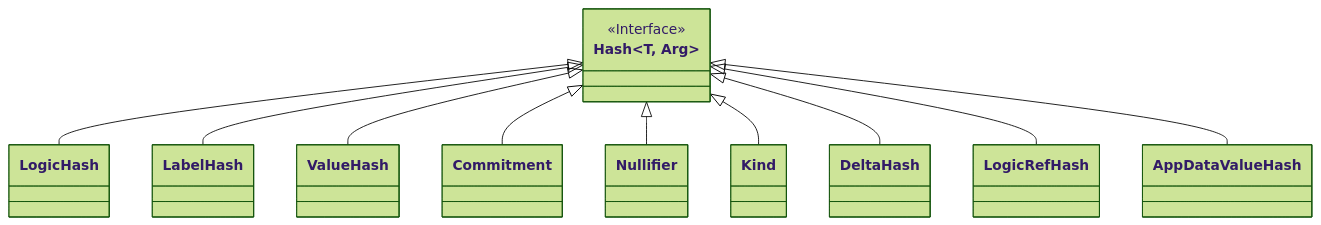
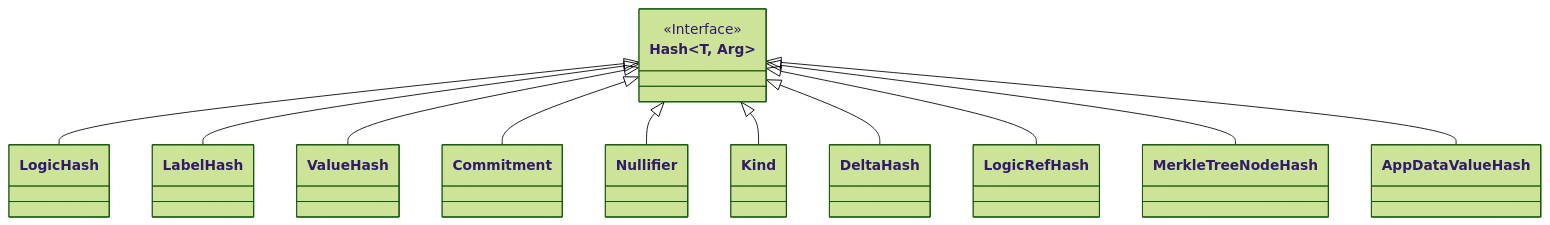
Before and after one commit to anoma/nspec: the diagram in docs/system_architecture/state/resource_machine/primitive_interfaces/fixed_size_type/hash.md, drawn with Mermaid (forest theme). The commit also changed other lines of this file and 10 other files, not shown here.

Commit message:
Minor fixes + overview diagram

````diff
--- a/docs/system_architecture/state/resource_machine/primitive_interfaces/fixed_size_type/hash.md
+++ b/docs/system_architecture/state/resource_machine/primitive_interfaces/fixed_size_type/hash.md
@@ -19,21 +19,22 @@
 ```mermaid
 
 classDiagram
 
     class Hash~T, Arg~ {
          <<Interface>>
     }
 
     Hash <|-- LogicHash
     Hash <|-- LabelHash
     Hash <|-- ValueHash
 
     Hash <|-- Commitment
     Hash <|-- Nullifier
     Hash <|-- Kind
     Hash <|-- DeltaHash
     Hash <|-- LogicRefHash
+    Hash <|-- MerkleTreeNodeHash
 
     Hash <|-- AppDataValueHash
 
 ```
````
